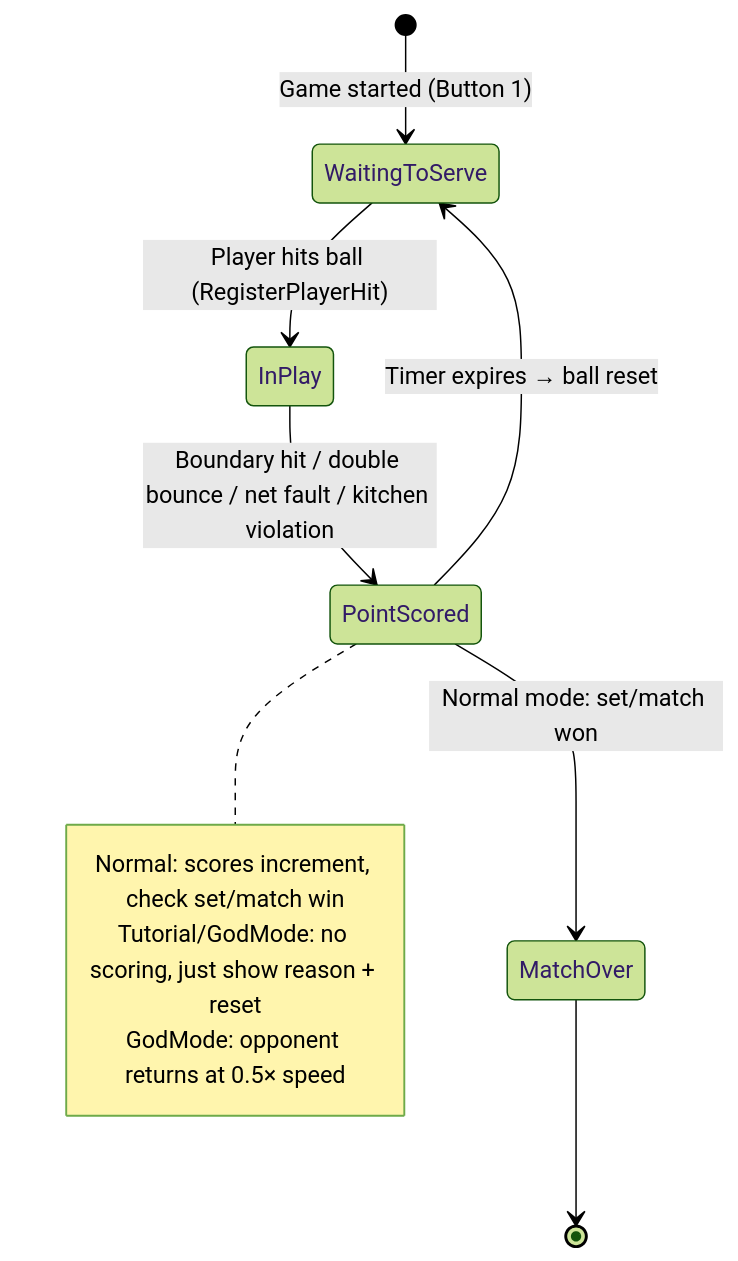
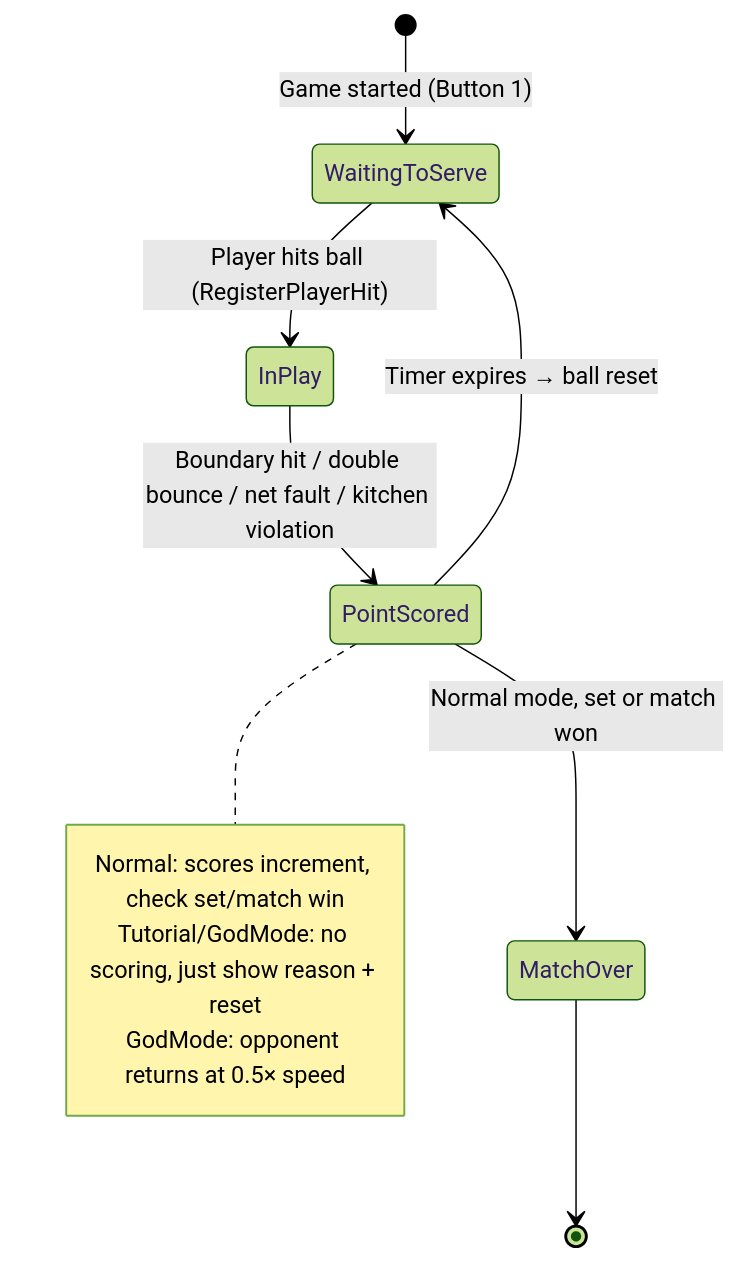
The second of 4 diagrams in Docs/System_Architecture.md (CG4002-AY2526S2-B03/Capstone_AR_Pickleball_Gameplay), drawn with Mermaid (forest theme) before and after one commit. The commit also changed other lines of this file and 1 other file, not shown here.

Commit message:
Clarify state diagram labels and wording

````diff
--- a/Docs/System_Architecture.md
+++ b/Docs/System_Architecture.md
@@ -205,20 +205,20 @@
 ```mermaid
 stateDiagram-v2
     [*] --> WaitingToServe : Game started (Button 1)
 
     WaitingToServe --> InPlay : Player hits ball (RegisterPlayerHit)
 
     InPlay --> PointScored : Boundary hit / double bounce / net fault / kitchen violation
 
     PointScored --> WaitingToServe : Timer expires → ball reset
 
-    PointScored --> MatchOver : Normal mode: set/match won
+    PointScored --> MatchOver : Normal mode, set or match won
 
     MatchOver --> [*]
 
     note right of PointScored
         Normal: scores increment, check set/match win
         Tutorial/GodMode: no scoring, just show reason + reset
         GodMode: opponent returns at 0.5× speed
     end note
 ```
````
